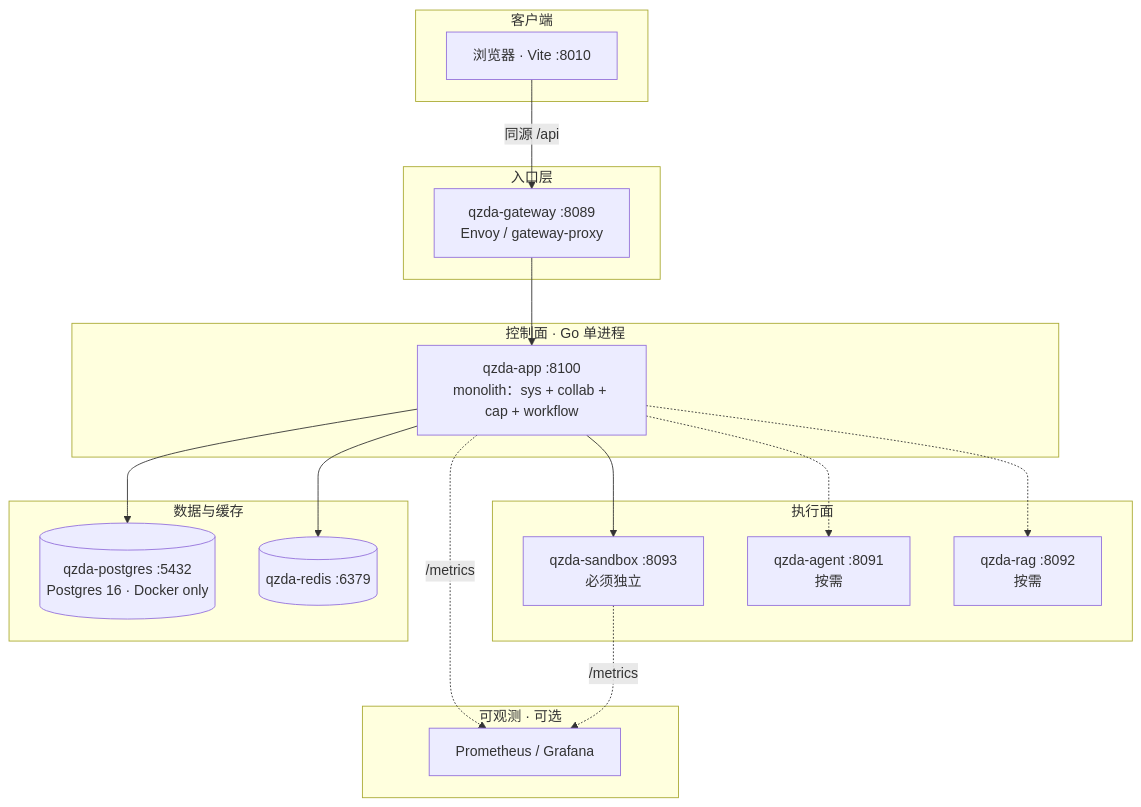
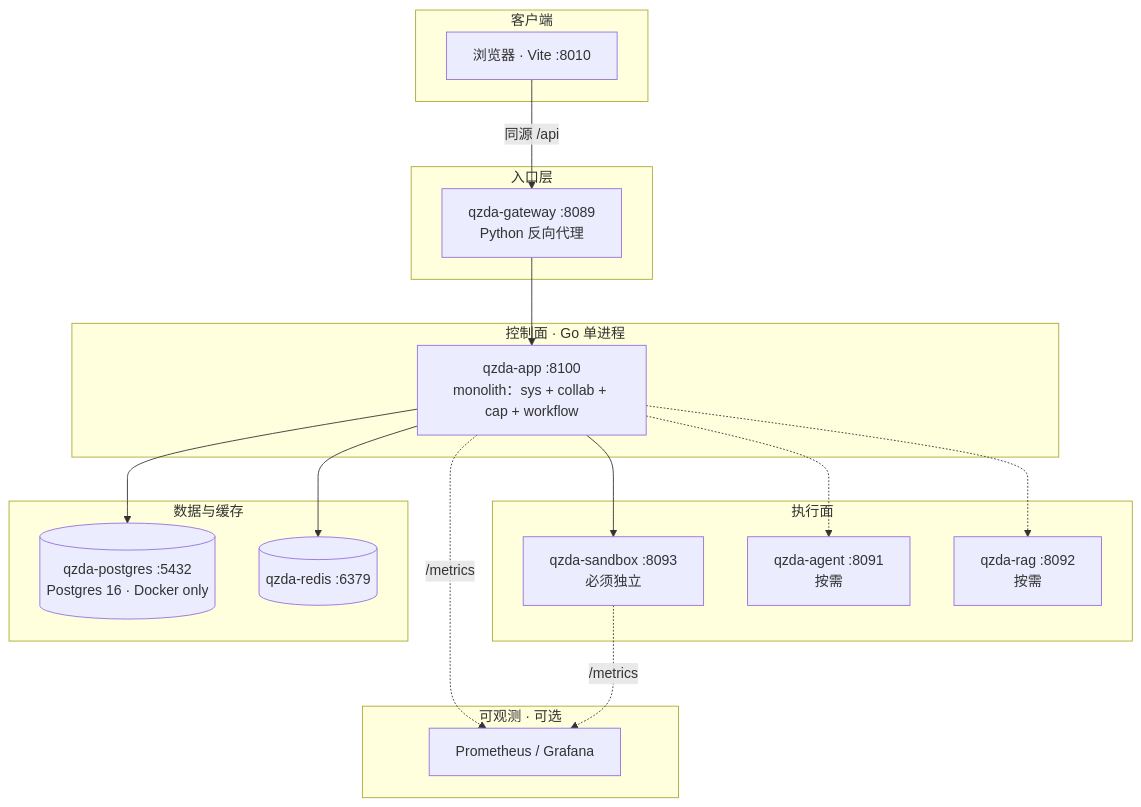
The second of 3 diagrams in README.md (Lianjifu/QiZhiDaPartnerPlatform), drawn with Mermaid before and after one commit. The commit also changed other lines of this file and 22 other files, not shown here.

````diff
--- a/README.md
+++ b/README.md
@@ -351,39 +364,39 @@
 ```mermaid
 flowchart TB
   subgraph Client["客户端"]
     Browser["浏览器 · Vite :8010"]
   end
 
   subgraph Edge["入口层"]
-    GW["qzda-gateway :8089<br/>Envoy / gateway-proxy"]
+    GW["qzda-gateway :8089<br/>Python 反向代理"]
   end
 
   subgraph Control["控制面 · Go 单进程"]
     APP["qzda-app :8100<br/>monolith：sys + collab + cap + workflow"]
   end
 
   subgraph Exec["执行面"]
     SK["qzda-sandbox :8093<br/>必须独立"]
     AG["qzda-agent :8091<br/>按需"]
     RAG["qzda-rag :8092<br/>按需"]
   end
 
   subgraph Data["数据与缓存"]
     PG[("qzda-postgres :5432<br/>Postgres 16 · Docker only")]
     RD[("qzda-redis :6379")]
   end
 
   subgraph Obs["可观测 · 可选"]
     PROM[Prometheus / Grafana]
   end
 
   Browser -->|"同源 /api"| GW
   GW --> APP
 
   APP --> SK
   APP -.-> AG & RAG
 
   APP --> PG
   APP --> RD
   APP & SK -.->|"/metrics"| PROM
 ```
````
